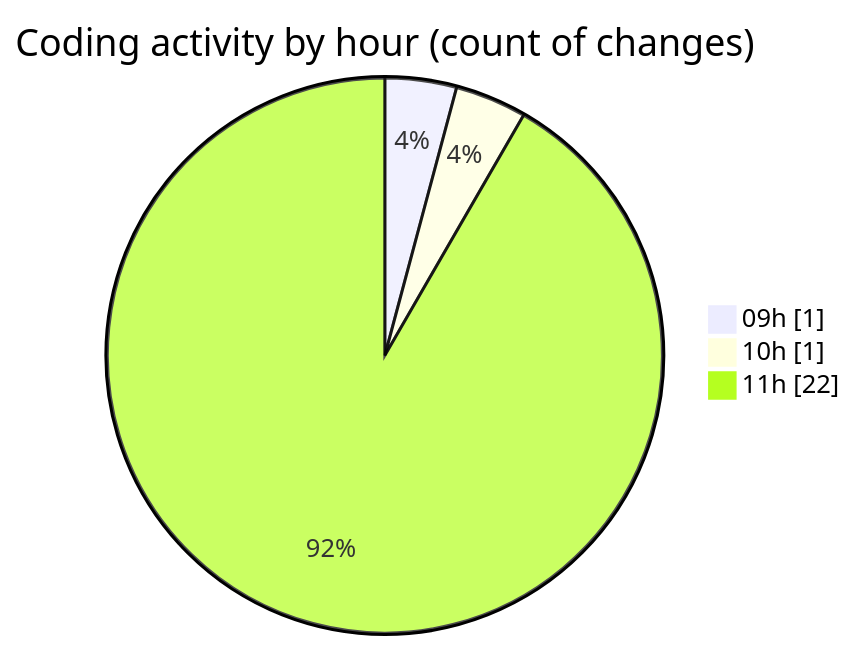
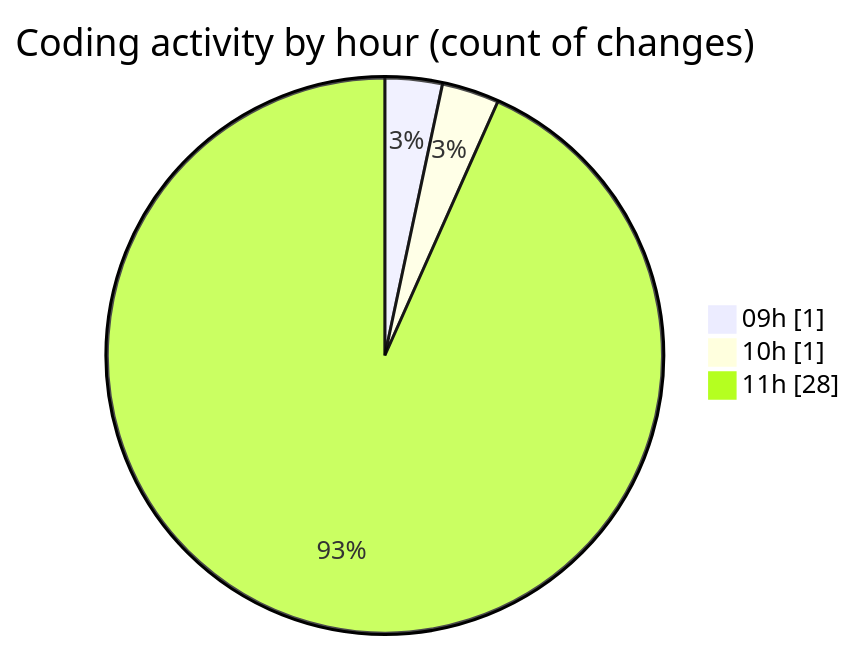
One commit to momahboobian/code-tracking changed the second of 2 diagrams in 2026-01-28/cda/README.md. Above: the diagram before and after it, drawn with Mermaid. The commit also changed other lines of this file and 1 other file, not shown here.

````diff
--- a/2026-01-28/cda/README.md
+++ b/2026-01-28/cda/README.md
@@ -32,7 +33,7 @@
 ```mermaid
 pie showData
 title Coding activity by hour (count of changes)
 "09h" : 1
 "10h" : 1
-"11h" : 22
+"11h" : 28
 ```
````
